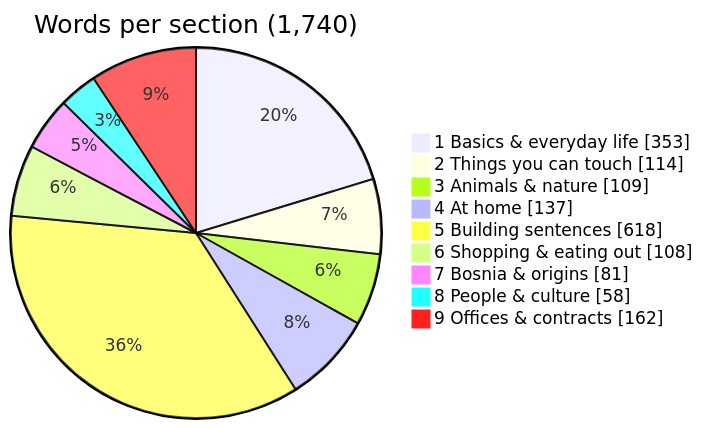
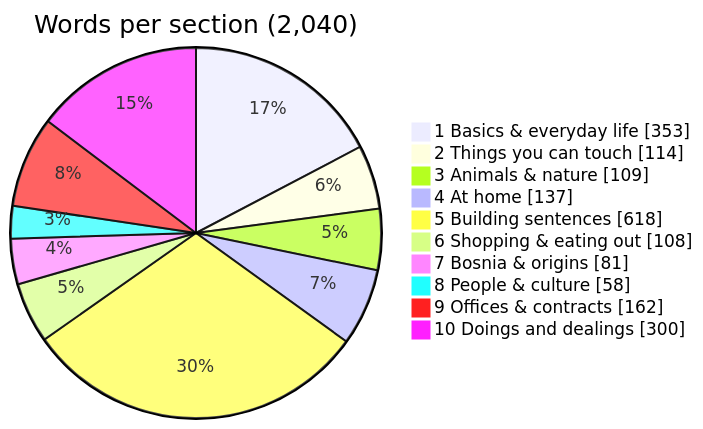
Before and after one commit to zmaj-lernapp/zmaj: the first of 2 diagrams in data/DATASHEET.md, drawn with Mermaid. The commit also changed other lines of this file and 51 other files, not shown here.

````diff
--- a/data/DATASHEET.md
+++ b/data/DATASHEET.md
@@ -24,12 +24,13 @@
 ```mermaid
-pie showData title Words per section (1,740)
+pie showData title Words per section (2,040)
   "1 Basics & everyday life" : 353
   "2 Things you can touch" : 114
   "3 Animals & nature" : 109
   "4 At home" : 137
   "5 Building sentences" : 618
   "6 Shopping & eating out" : 108
   "7 Bosnia & origins" : 81
   "8 People & culture" : 58
   "9 Offices & contracts" : 162
+  "10 Doings and dealings" : 300
 ```
````
